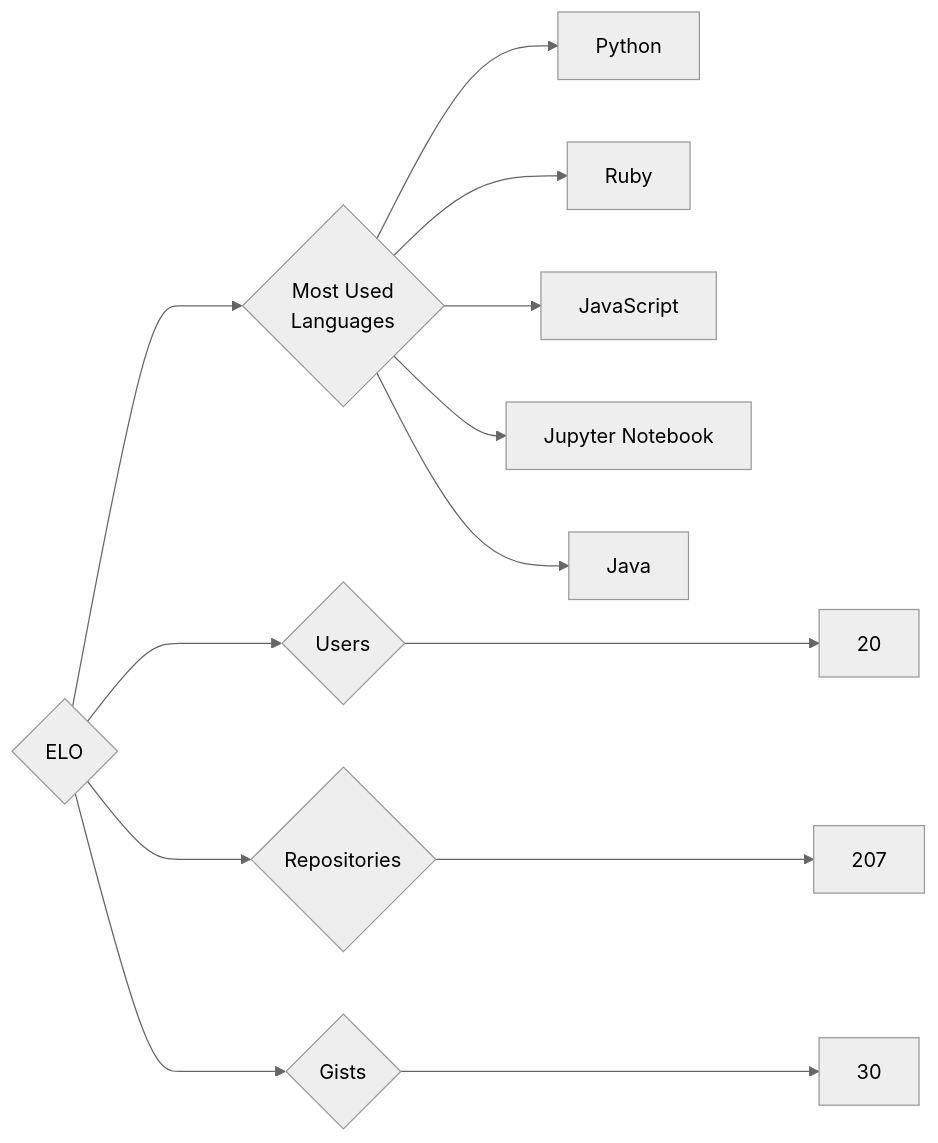
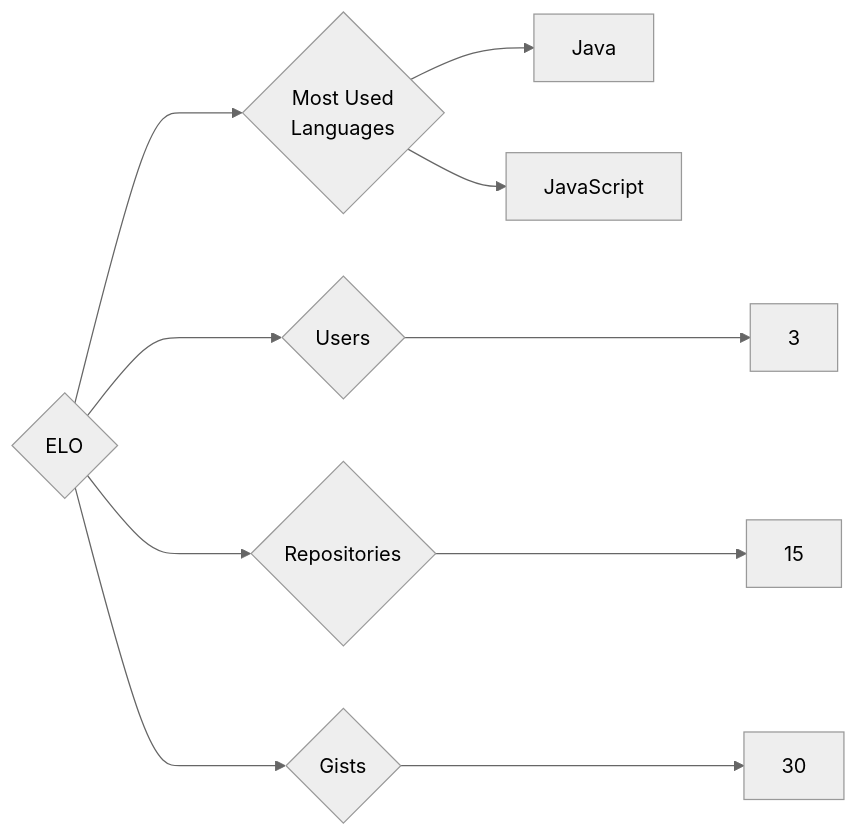
The diagram in targets/ELO/README.md (trickest/insiders), drawn with Mermaid (neutral theme) before and after one commit. The commit also changed 553 other files, not shown here.

````diff
--- a/targets/ELO/README.md
+++ b/targets/ELO/README.md
@@ -3,13 +3,10 @@
 ```mermaid
 graph LR
 COMPANY_NAME{ELO}
-COMPANY_NAME ---> U{Users} ---> UN[20]
-COMPANY_NAME ---> R{Repositories} ---> RN[207]
+COMPANY_NAME ---> U{Users} ---> UN[3]
+COMPANY_NAME ---> R{Repositories} ---> RN[15]
 COMPANY_NAME ---> G{Gists} ---> GN[30]
 COMPANY_NAME ---> ML{Most Used<br>Languages}
-ML --> Python[Python]
-ML --> Ruby[Ruby]
+ML --> Java[Java]
 ML --> JavaScript[JavaScript]
-ML --> Jupyter_Notebook[Jupyter Notebook]
-ML --> Java[Java]
 ```
````
